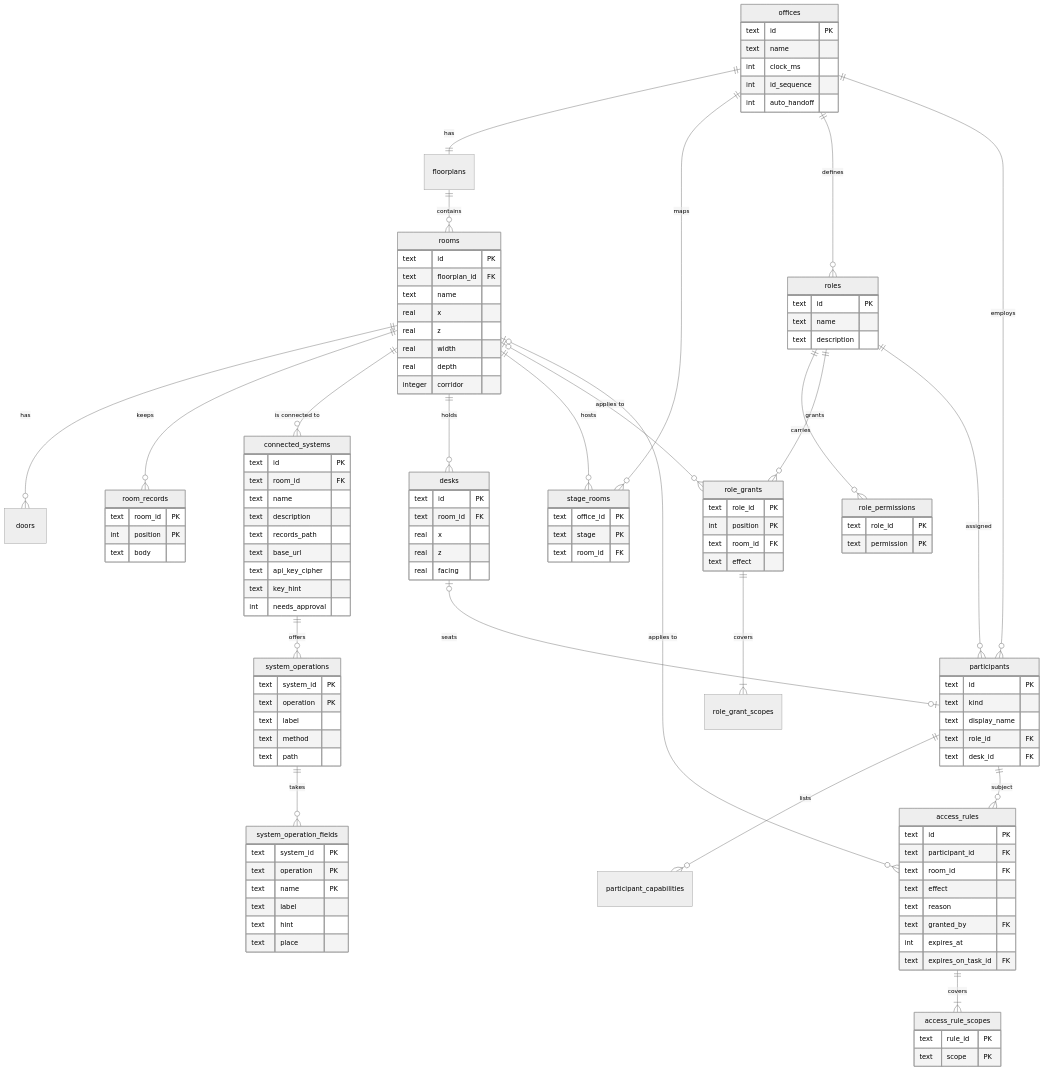
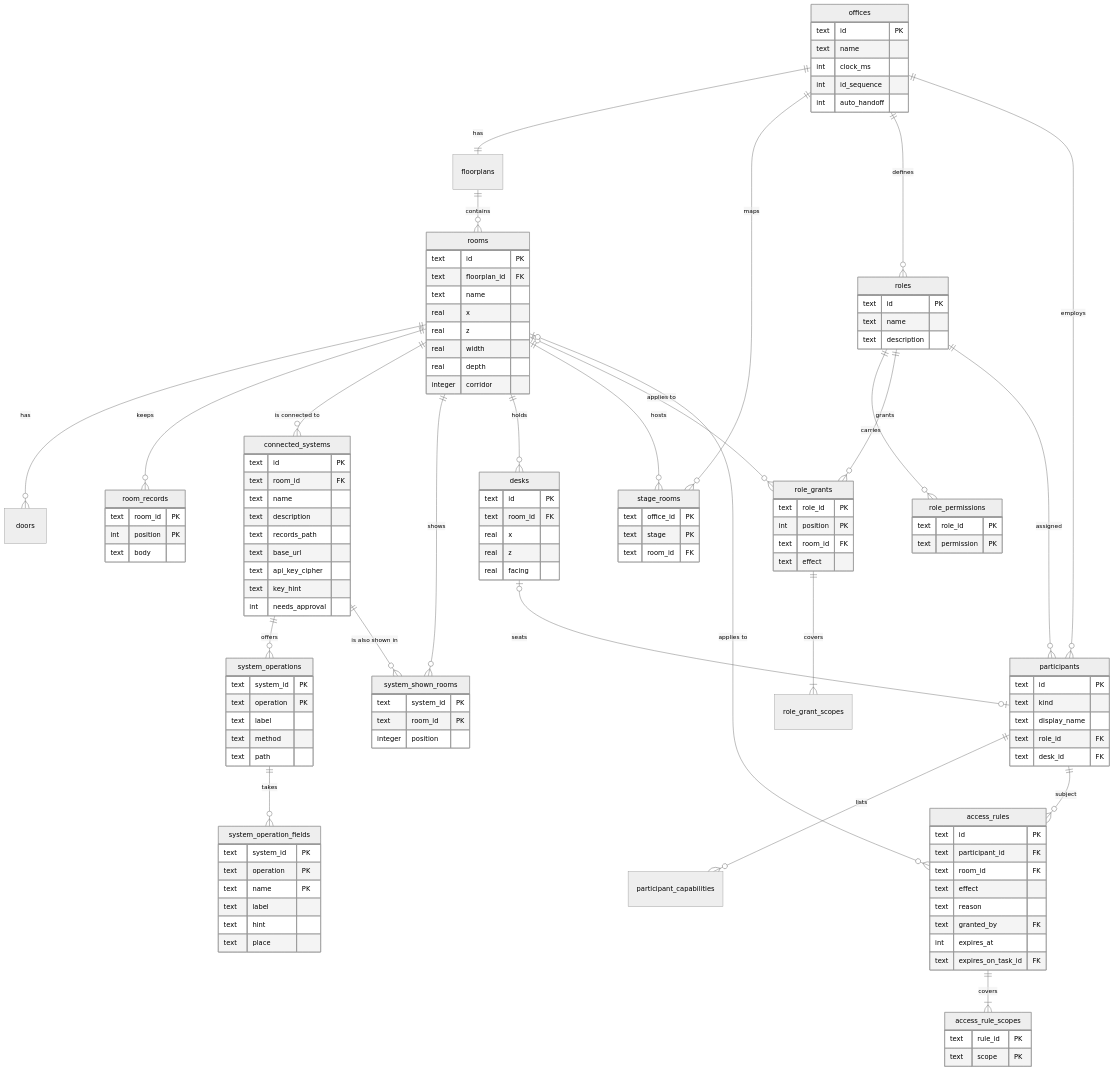
Diagram 11 of 15 in README.md (seyitgkc/ai-virtual-office), drawn with Mermaid (neutral theme) before and after one commit. The commit also changed other lines of this file and 13 other files, not shown here.

First line of the commit message:
Show a system's records in further rooms without letting them use it

```diff
--- a/README.md
+++ b/README.md
@@ -1051,6 +1056,8 @@
   rooms ||--o{ room_records : keeps
   rooms ||--o{ connected_systems : "is connected to"
   connected_systems ||--o{ system_operations : offers
+  connected_systems ||--o{ system_shown_rooms : "is also shown in"
+  rooms ||--o{ system_shown_rooms : shows
   system_operations ||--o{ system_operation_fields : takes
   rooms ||--o{ desks : holds
   rooms ||--o{ stage_rooms : hosts
@@ -1115,6 +1122,11 @@
     text method
     text path
   }
+  system_shown_rooms {
+    text system_id PK
+    text room_id PK
+    integer position
+  }
   system_operation_fields {
     text system_id PK
     text operation PK
```
